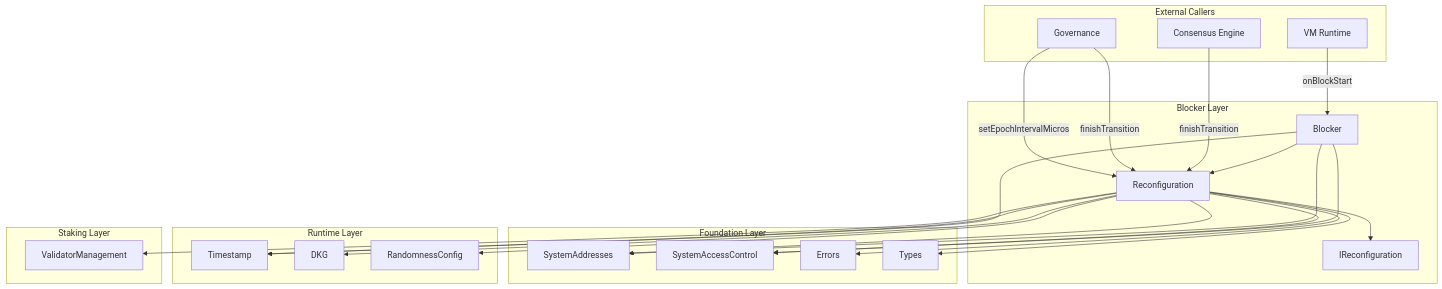
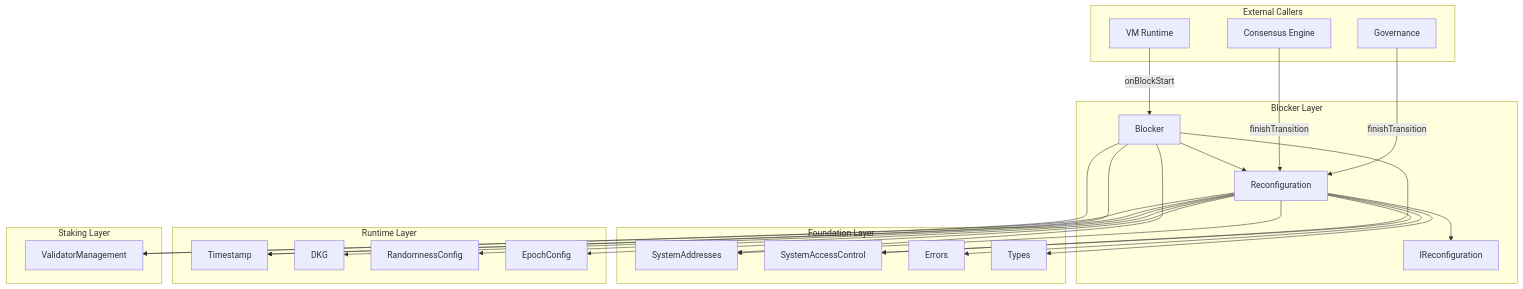
Before and after one commit to Galxe/gravity_chain_core_contracts: the diagram in spec_v2/blocker.spec.md, drawn with Mermaid. The commit also changed other lines of this file and 16 other files, not shown here.

````diff
--- a/spec_v2/blocker.spec.md
+++ b/spec_v2/blocker.spec.md
@@ -34,51 +34,53 @@
 ```mermaid
 flowchart TD
     subgraph BlockerLayer[Blocker Layer]
         B[Blocker]
         R[Reconfiguration]
         IR[IReconfiguration]
     end
     
     subgraph Foundation[Foundation Layer]
         SA[SystemAddresses]
         SAC[SystemAccessControl]
         E[Errors]
         T[Types]
     end
     
     subgraph Runtime[Runtime Layer]
         TS[Timestamp]
         DKG[DKG]
         RC[RandomnessConfig]
+        EC[EpochConfig]
     end
     
     subgraph Staking[Staking Layer]
         VM[ValidatorManagement]
     end
     
     B --> SA
     B --> SAC
     B --> R
     B --> TS
+    B --> VM
     
     R --> IR
     R --> SA
     R --> SAC
     R --> E
     R --> T
     R --> TS
     R --> DKG
     R --> RC
+    R --> EC
     R --> VM
     
     subgraph Callers[External Callers]
         RUNTIME[VM Runtime]
         CONSENSUS[Consensus Engine]
         GOV[Governance]
     end
     
     RUNTIME -->|onBlockStart| B
     CONSENSUS -->|finishTransition| R
     GOV -->|finishTransition| R
-    GOV -->|setEpochIntervalMicros| R
 ```
````
